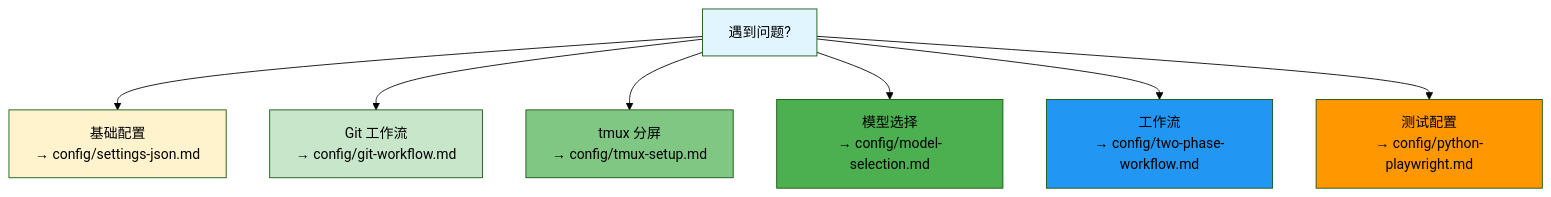
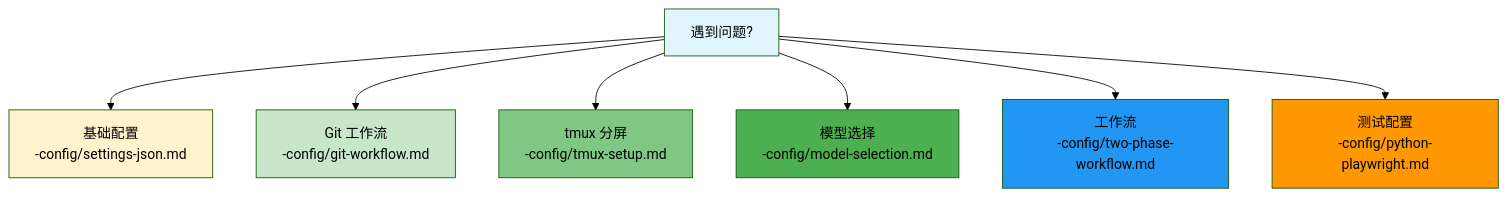
One commit to Jasper-Wynn/agent-doc changed the diagram in demos/faq.md. Above: the diagram before and after it, drawn with Mermaid (forest theme). The commit also changed 16 other files, not shown here.

First line of the commit message:
fix: repair mermaid diagram rendering issues

````diff
--- a/demos/faq.md
+++ b/demos/faq.md
@@ -7,17 +7,17 @@
 ```mermaid
 flowchart TD
-    A[遇到问题?] --> B[基础配置<br/>→ config/settings-json.md]
-    A --> C[Git 工作流<br/>→ config/git-workflow.md]
-    A --> D[tmux 分屏<br/>→ config/tmux-setup.md]
-    A --> E[模型选择<br/>→ config/model-selection.md]
-    A --> F[工作流<br/>→ config/two-phase-workflow.md]
-    A --> G[测试配置<br/>→ config/python-playwright.md]
+    A[遇到问题?] --> B[基础配置<br/>-config/settings-json.md]
+    A --> C[Git 工作流<br/>-config/git-workflow.md]
+    A --> D[tmux 分屏<br/>-config/tmux-setup.md]
+    A --> E[模型选择<br/>-config/model-selection.md]
+    A --> F[工作流<br/>-config/two-phase-workflow.md]
+    A --> G[测试配置<br/>-config/python-playwright.md]
 
     style A fill:#e1f5ff
     style B fill:#fff3cd
     style C fill:#c8e6c9
     style D fill:#81c784
     style E fill:#4caf50
     style F fill:#2196f3
     style G fill:#ff9800
 ```
````
